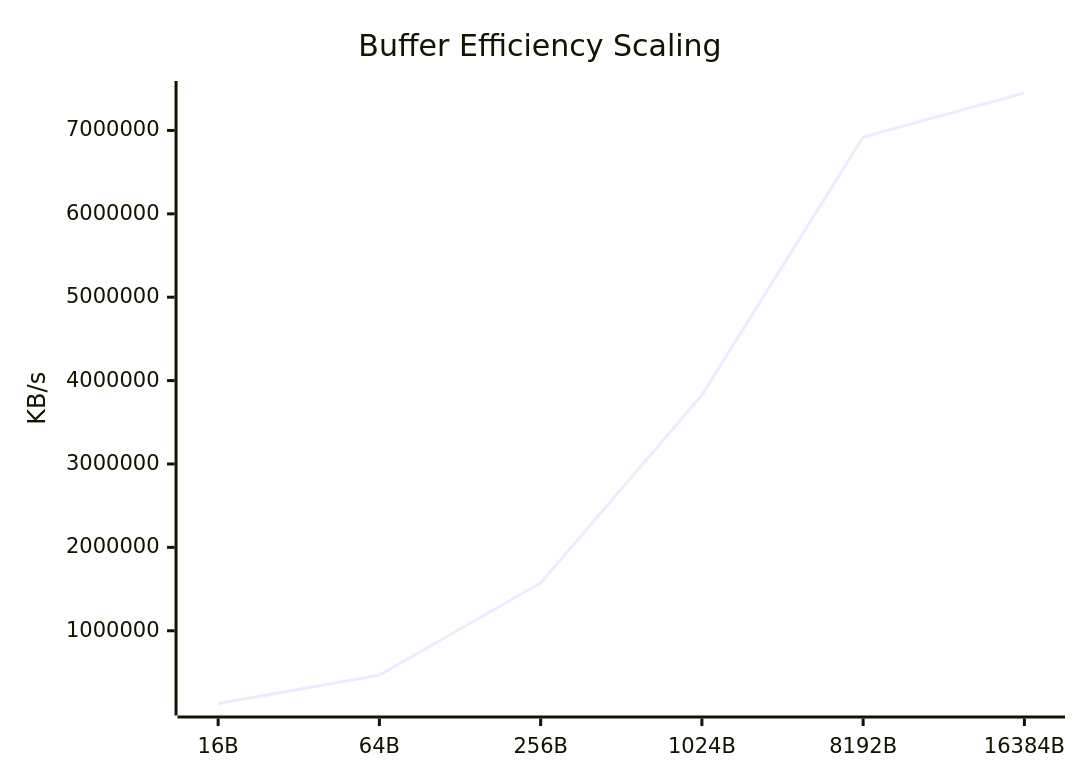
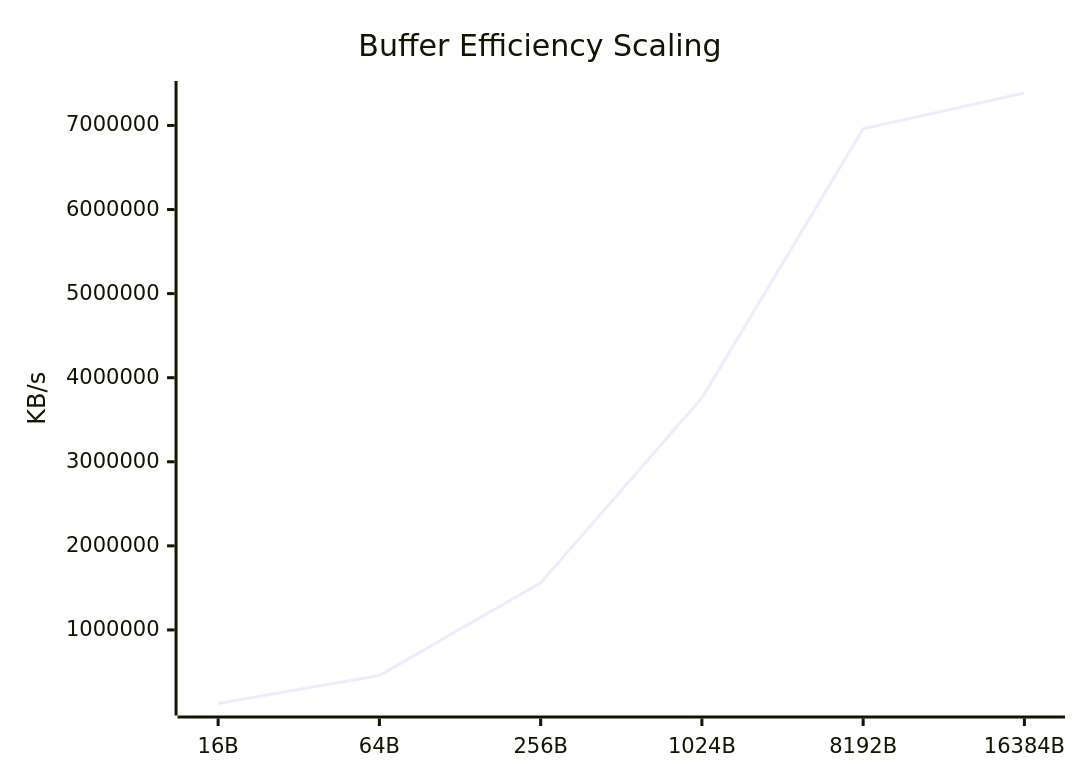
The fifth of 9 diagrams in docs/Comparison_Report.md (taha2samy/openssl_fips), drawn with Mermaid before and after one commit. The commit also changed other lines of this file and 2 other files, not shown here.

````diff
--- a/docs/Comparison_Report.md
+++ b/docs/Comparison_Report.md
@@ -94,7 +94,7 @@
 ```mermaid
 xychart-beta
     title "Buffer Efficiency Scaling"
     x-axis [16B, 64B, 256B, 1024B, 8192B, 16384B]
     y-axis "KB/s"
-    line [127679.28, 467798.56, 1573528.83, 3826544.64, 6920957.95, 7449034.75]
+    line [124901.97, 458156.77, 1559145.86, 3759426.56, 6959890.43, 7386079.23]
 ```
````
